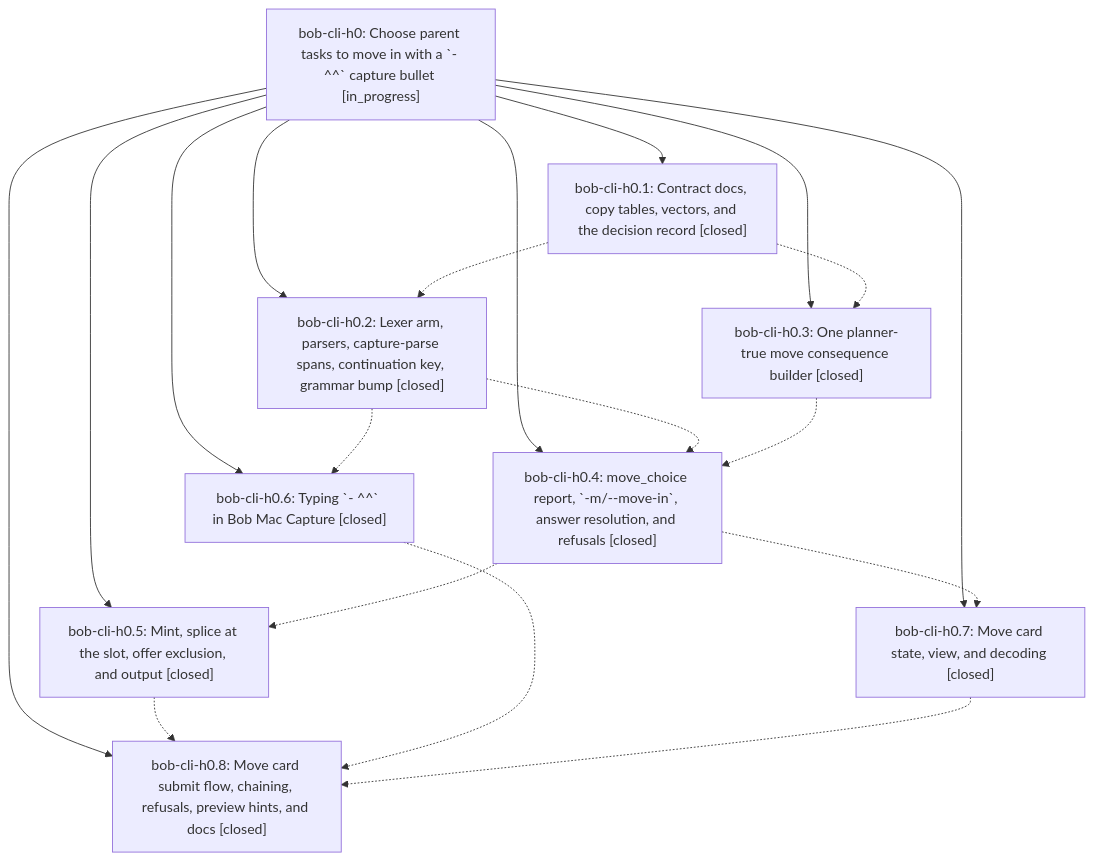
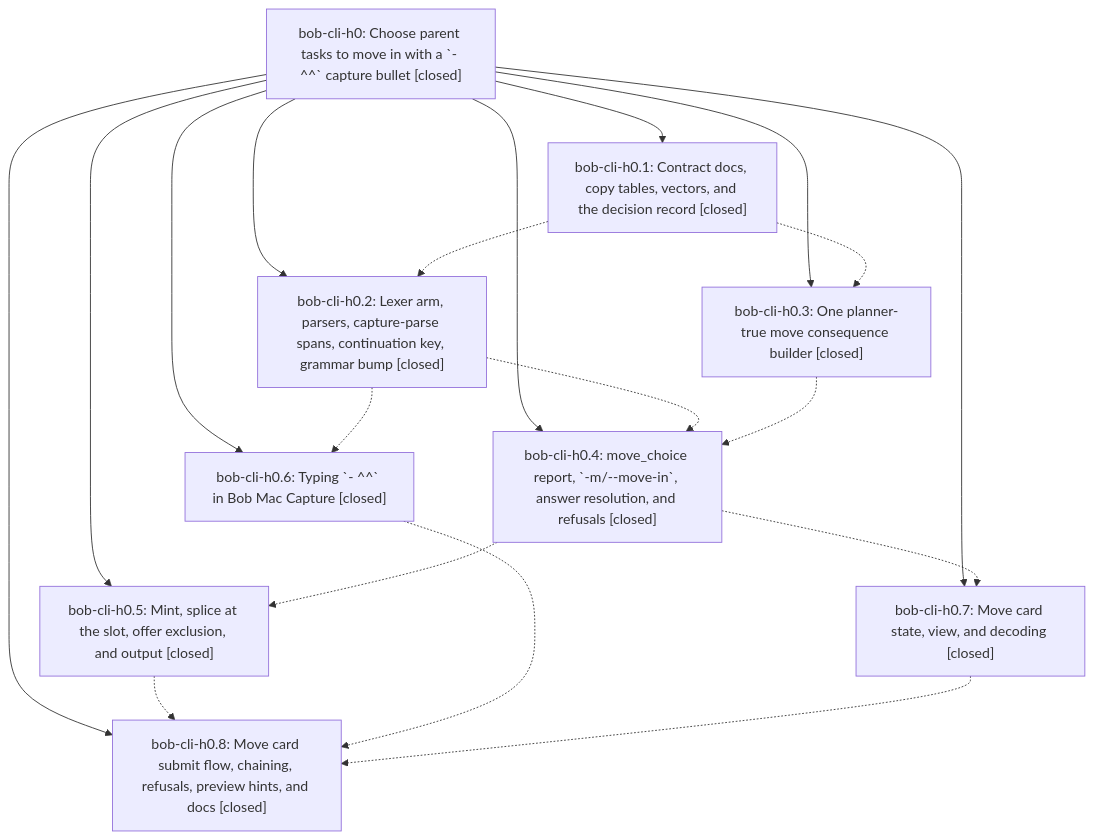
One commit to bobs-org/bob-cli--beads changed the diagram in pages/bob-cli-h0/README.md. Above: the diagram before and after it, drawn with Mermaid. The commit also changed other lines of this file and 8 other files, not shown here.

First line of the commit message:
chore(beads): sync bead state and pages for bob-cli-h0

````diff
--- a/pages/bob-cli-h0/README.md
+++ b/pages/bob-cli-h0/README.md
@@ -56,30 +60,30 @@
 ```mermaid
 flowchart TD
-    n0["bob-cli-h0: Choose parent tasks to move in with a `- ^^` capture bullet [in_progress]"]
+    n0["bob-cli-h0: Choose parent tasks to move in with a `- ^^` capture bullet [closed]"]
     n1["bob-cli-h0.1: Contract docs, copy tables, vectors, and the decision record [closed]"]
     n2["bob-cli-h0.2: Lexer arm, parsers, capture-parse spans, continuation key, grammar bump [closed]"]
     n3["bob-cli-h0.3: One planner-true move consequence builder [closed]"]
     n4["bob-cli-h0.4: move_choice report, `-m/--move-in`, answer resolution, and refusals [closed]"]
     n5["bob-cli-h0.5: Mint, splice at the slot, offer exclusion, and output [closed]"]
     n6["bob-cli-h0.6: Typing `- ^^` in Bob Mac Capture [closed]"]
     n7["bob-cli-h0.7: Move card state, view, and decoding [closed]"]
     n8["bob-cli-h0.8: Move card submit flow, chaining, refusals, preview hints, and docs [closed]"]
     n0 --> n1
     n0 --> n2
     n0 --> n3
     n0 --> n4
     n0 --> n5
     n0 --> n6
     n0 --> n7
     n0 --> n8
     n1 -.-> n2
     n1 -.-> n3
     n2 -.-> n4
     n2 -.-> n6
     n3 -.-> n4
     n4 -.-> n5
     n4 -.-> n7
     n5 -.-> n8
     n6 -.-> n8
     n7 -.-> n8
 ```
````
